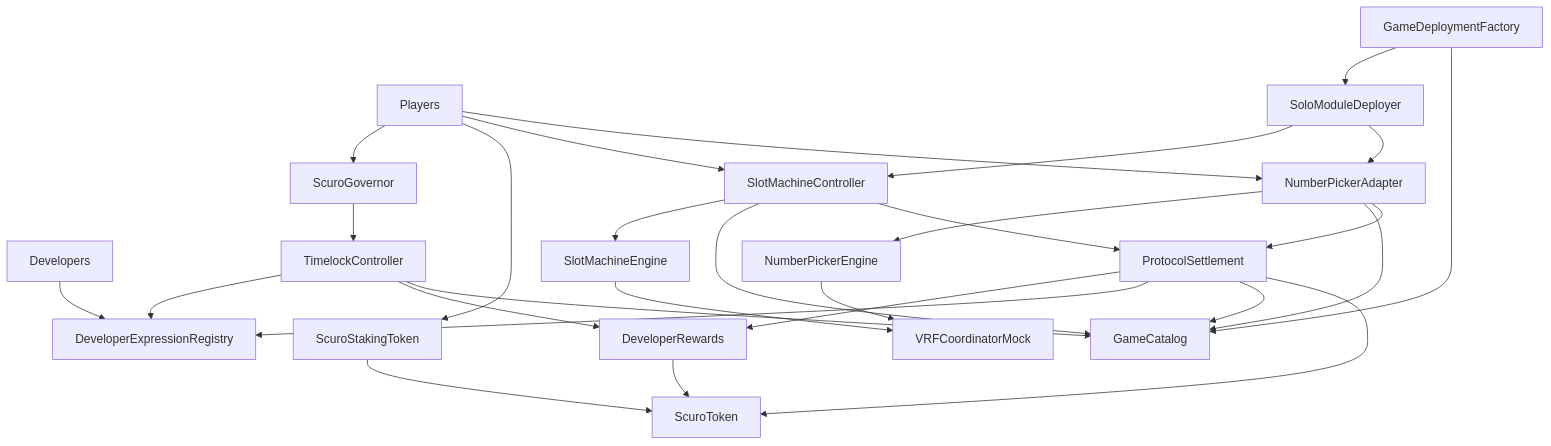
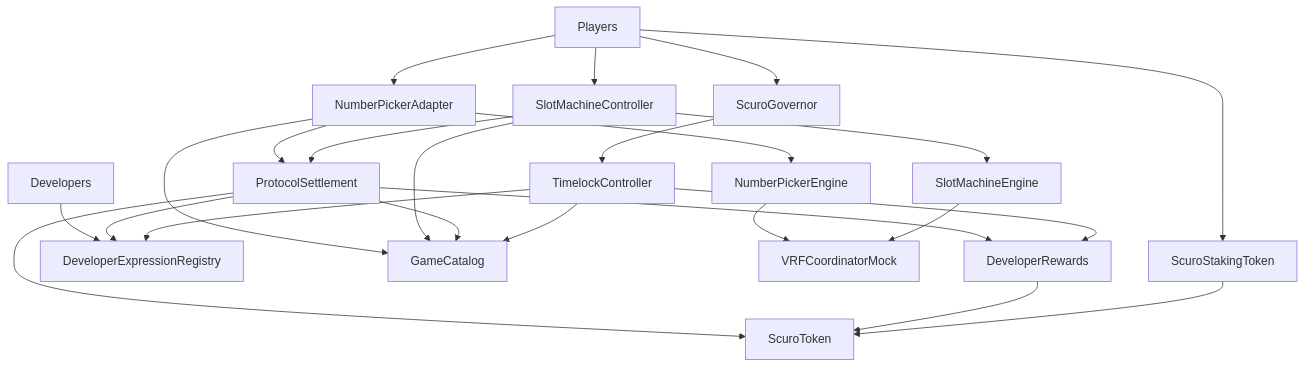
One commit to zachdt/scuro changed the diagram in docs/protocol-architecture.md. Above: the diagram before and after it, drawn with Mermaid. The commit also changed other lines of this file and 33 other files, not shown here.

````diff
--- a/docs/protocol-architecture.md
+++ b/docs/protocol-architecture.md
@@ -5,36 +5,31 @@
 ```mermaid
 graph TB
     Player[Players] --> NumberPickerAdapter
     Player --> SlotMachineController
     Player --> ScuroStakingToken
     Player --> ScuroGovernor
     Developers[Developers] --> DeveloperExpressionRegistry
 
     NumberPickerAdapter --> ProtocolSettlement
     NumberPickerAdapter --> GameCatalog
     NumberPickerAdapter --> NumberPickerEngine
 
     SlotMachineController --> ProtocolSettlement
     SlotMachineController --> GameCatalog
     SlotMachineController --> SlotMachineEngine
 
     NumberPickerEngine --> VRFCoordinatorMock
     SlotMachineEngine --> VRFCoordinatorMock
 
     ProtocolSettlement --> ScuroToken
     ProtocolSettlement --> GameCatalog
     ProtocolSettlement --> DeveloperExpressionRegistry
     ProtocolSettlement --> DeveloperRewards
 
-    GameDeploymentFactory --> GameCatalog
-    GameDeploymentFactory --> SoloModuleDeployer
-    SoloModuleDeployer --> NumberPickerAdapter
-    SoloModuleDeployer --> SlotMachineController
-
     DeveloperRewards --> ScuroToken
     ScuroStakingToken --> ScuroToken
     ScuroGovernor --> TimelockController
     TimelockController --> GameCatalog
     TimelockController --> DeveloperRewards
     TimelockController --> DeveloperExpressionRegistry
 ```
````
